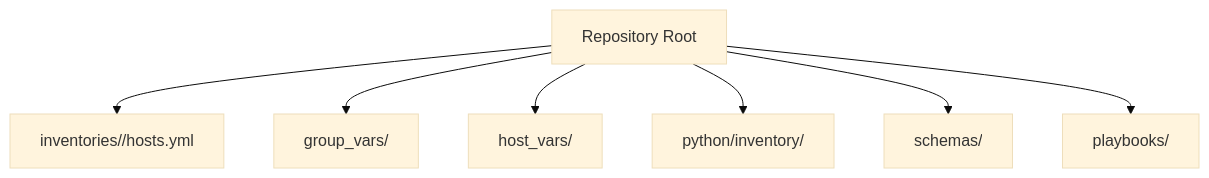
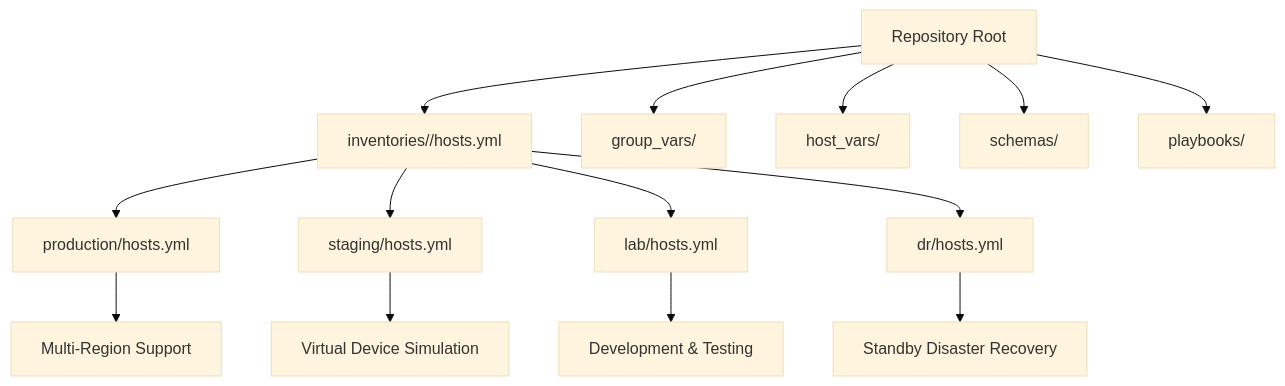
The first of 4 diagrams in .qoder/repowiki/en/content/Architecture & Design/Automation Engine Architecture/Ansible Orchestration Layer/Inventory Management System.md (shakthi-vinayak/network-automation), drawn with Mermaid (base theme) before and after one commit. The commit also changed other lines of this file and 144 other files, not shown here.

````diff
--- a/.qoder/repowiki/en/content/Architecture & Design/Automation Engine Architecture/Ansible Orchestration Layer/Inventory Management System.md
+++ b/.qoder/repowiki/en/content/Architecture & Design/Automation Engine Architecture/Ansible Orchestration Layer/Inventory Management System.md
@@ -34,9 +55,16 @@
 ```mermaid
 graph TB
 Root["Repository Root"] --> Inventories["inventories/<env>/hosts.yml"]
+Inventories --> Production["production/hosts.yml"]
+Inventories --> Staging["staging/hosts.yml"]
+Inventories --> Lab["lab/hosts.yml"]
+Inventories --> DR["dr/hosts.yml"]
 Root --> GroupVars["group_vars/"]
 Root --> HostVars["host_vars/"]
-Root --> PythonInv["python/inventory/"]
 Root --> Schemas["schemas/"]
 Root --> Playbooks["playbooks/"]
+Production --> Regions["Multi-Region Support"]
+Staging --> VirtualDevices["Virtual Device Simulation"]
+Lab --> Development["Development & Testing"]
+DR --> StandbyMode["Standby Disaster Recovery"]
 ```
````
